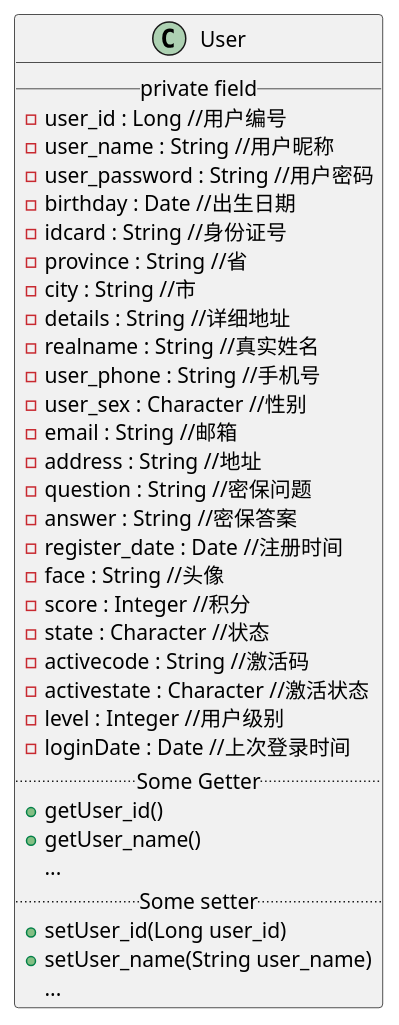
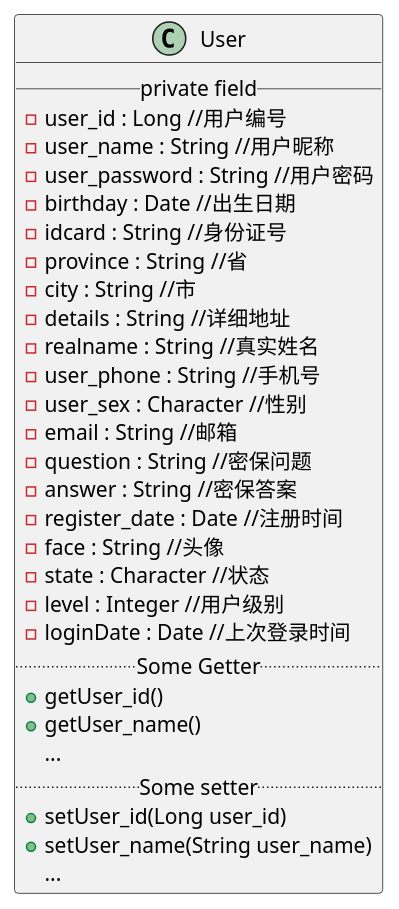
One commit to xiaokangxxs/notebook changed the first of 30 diagrams in docs/UML/plantuml.md. Above: the diagram before and after it, drawn with PlantUML. The commit also changed other lines of this file and 2 other files, not shown here.

Commit message:
update hadoop-ha and update familyaccount-plantuml

````diff
--- a/docs/UML/plantuml.md
+++ b/docs/UML/plantuml.md
@@ -6,40 +6,36 @@
 ```plantuml
 @startuml
 
 class User {
 __ private field __
  -user_id : Long //用户编号
  -user_name : String //用户昵称
  -user_password : String //用户密码
  -birthday : Date //出生日期
  -idcard : String //身份证号
  -province : String //省
  -city : String //市
  -details : String //详细地址
  -realname : String //真实姓名
  -user_phone : String //手机号
  -user_sex : Character //性别
  -email : String //邮箱
- -address : String //地址
  -question : String //密保问题
  -answer : String //密保答案
  -register_date : Date //注册时间
  -face : String //头像
- -score : Integer //积分
  -state : Character //状态
- -activecode : String //激活码
- -activestate : Character //激活状态
  -level : Integer //用户级别
  -loginDate : Date //上次登录时间
 .. Some Getter ..
   + getUser_id()
   + getUser_name()
   ...
 .. Some setter ..
   + setUser_id(Long user_id)
   + setUser_name(String user_name)
   ...
 }
 
 @enduml
 ```
````
